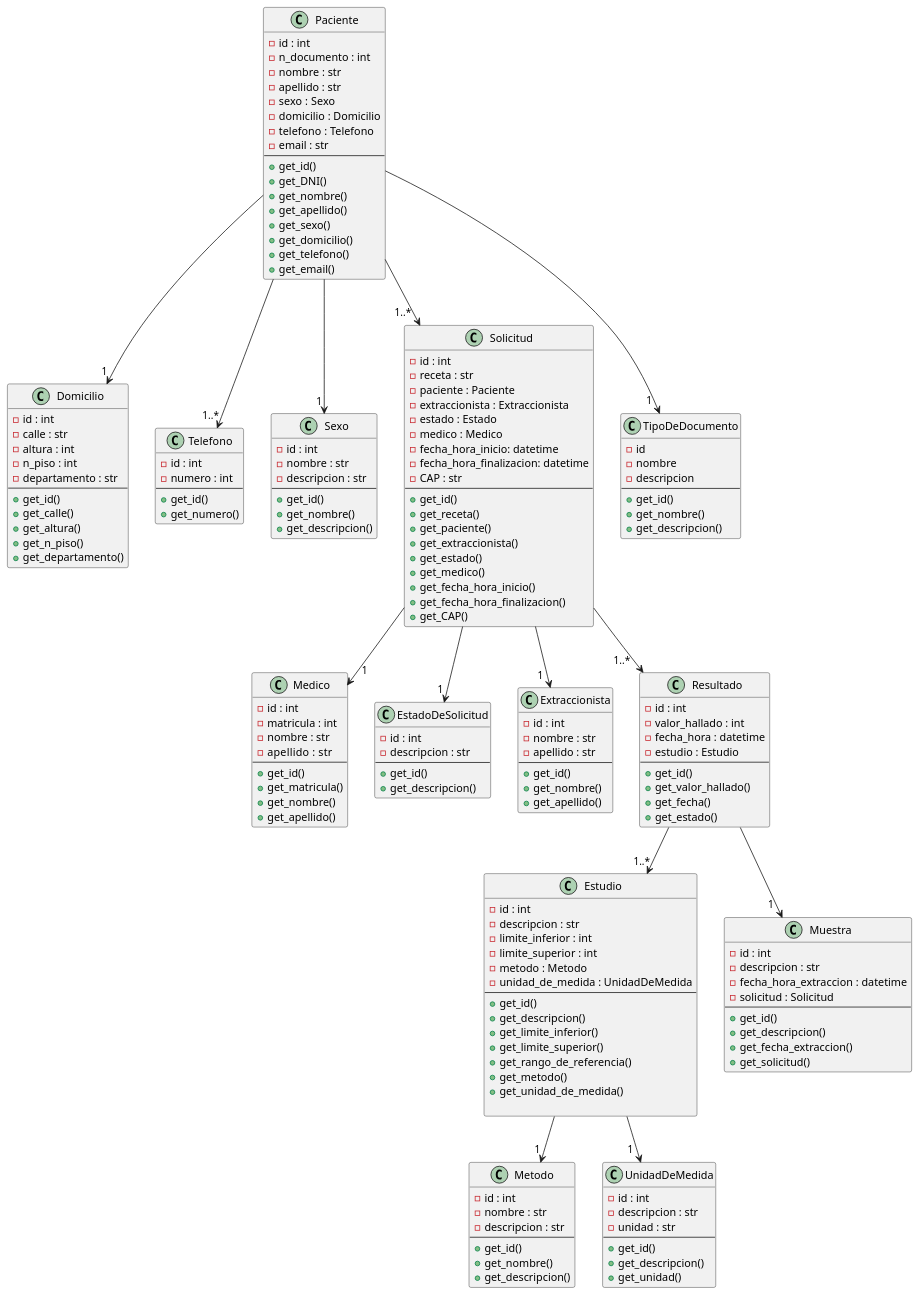
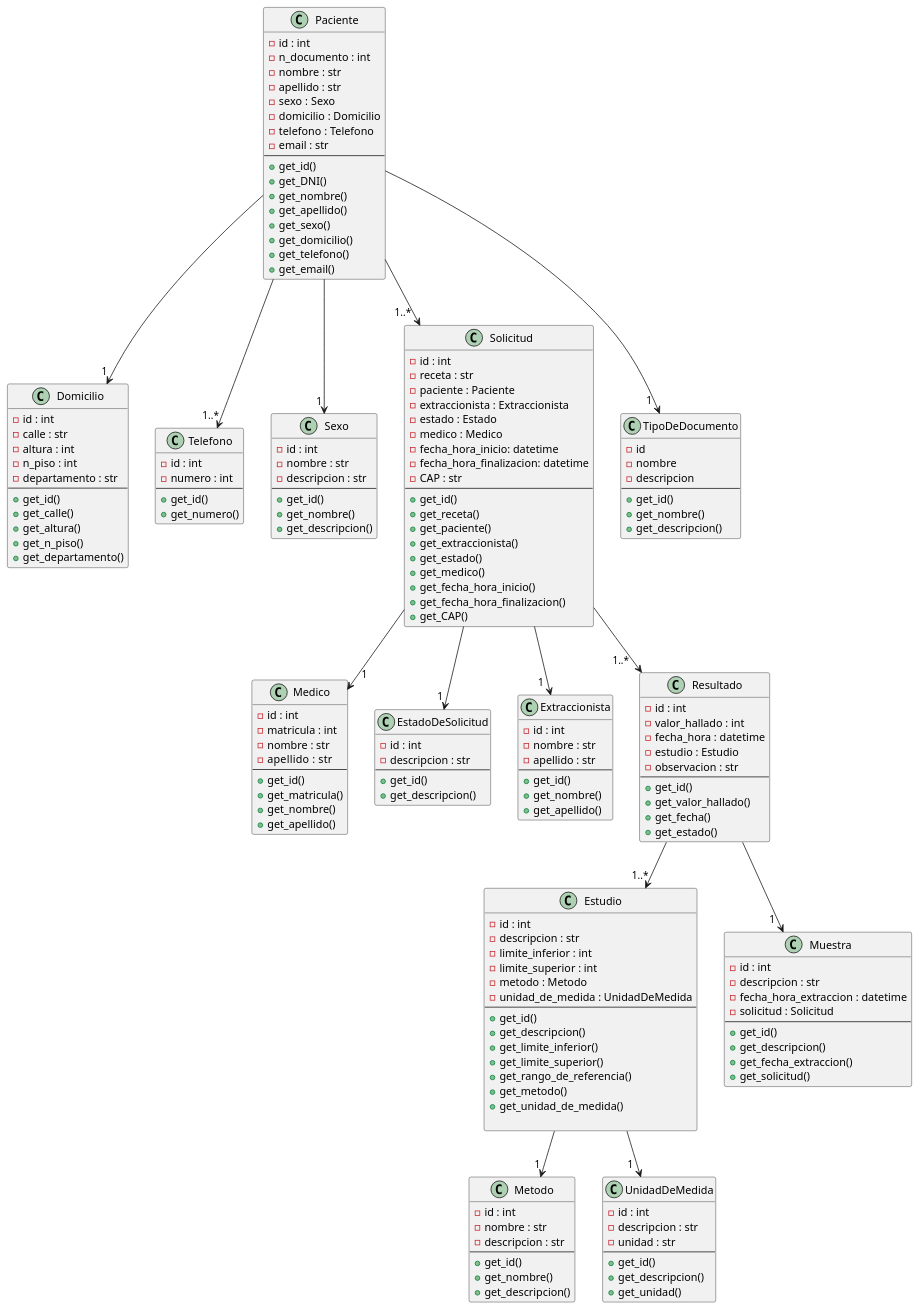
One commit to MateMar04/Biomedica changed the diagram in Diagrams/ClassDiagram.wsd. Above: the diagram before and after it, drawn with PlantUML. The commit also changed 1 other file, not shown here.

Commit message:
Corrected diagrams

```diff
--- a/Diagrams/ClassDiagram.wsd
+++ b/Diagrams/ClassDiagram.wsd
@@ -1,193 +1,194 @@
 @startuml ClassDiagram
 
 class Medico {
     - id : int
     - matricula : int
     - nombre : str
     - apellido  : str
     --
     + get_id()
     + get_matricula()
     + get_nombre()
     + get_apellido()
 }
 
 class Domicilio {
     - id : int
     - calle : str
     - altura : int
     - n_piso : int
     - departamento : str
     --
     + get_id()
     + get_calle()
     + get_altura()
     + get_n_piso()
     + get_departamento()
 }
 
 class Telefono {
     - id : int
     - numero : int
     --
     + get_id()
     + get_numero()
 }
 
 class Sexo {
     - id : int
     - nombre : str
     - descripcion : str
     --
     + get_id()
     + get_nombre()
     + get_descripcion()
 }
 
 class Paciente {
     - id : int
     - n_documento : int
     - nombre : str
     - apellido : str
     - sexo : Sexo
     - domicilio : Domicilio
     - telefono : Telefono
     - email : str
     --
     + get_id()
     + get_DNI()
     + get_nombre()
     + get_apellido()
     + get_sexo()
     + get_domicilio()
     + get_telefono()
     + get_email()
 }
 
 class EstadoDeSolicitud {
     - id : int
     - descripcion : str
     --
     + get_id()
     + get_descripcion()
 }
 
 class Estudio {
     - id : int
     - descripcion : str
     - limite_inferior : int
     - limite_superior : int
     - metodo : Metodo
     - unidad_de_medida : UnidadDeMedida
     --
     + get_id()
     + get_descripcion()
     + get_limite_inferior()
     + get_limite_superior()
     + get_rango_de_referencia()
     + get_metodo()
     + get_unidad_de_medida()
 
 }
 
 class Solicitud {
     - id : int
     - receta : str
     - paciente : Paciente
     - extraccionista : Extraccionista
     - estado : Estado
     - medico : Medico
     - fecha_hora_inicio: datetime
     - fecha_hora_finalizacion: datetime
     - CAP : str
     --
     + get_id()
     + get_receta()
     + get_paciente()
     + get_extraccionista()
     + get_estado()
     + get_medico()
     + get_fecha_hora_inicio()
     + get_fecha_hora_finalizacion()
     + get_CAP()
 }
 
 class Extraccionista {
     - id : int
     - nombre : str
     - apellido : str
     --
     + get_id()
     + get_nombre()
     + get_apellido()
 }
 
 class Muestra {
     - id : int
     - descripcion : str
     - fecha_hora_extraccion : datetime
     - solicitud : Solicitud
     --
     + get_id()
     + get_descripcion()
     + get_fecha_extraccion()
     + get_solicitud()
 }
 
 class Metodo {
     - id : int
     - nombre : str
     - descripcion : str
     --
     + get_id()
     + get_nombre()
     + get_descripcion()
 }
 
 class Resultado {
     - id : int
     - valor_hallado : int
     - fecha_hora : datetime
     - estudio : Estudio
+    - observacion : str
     --
     + get_id()
     + get_valor_hallado()
     + get_fecha()
     + get_estado()
 }
 
 class UnidadDeMedida {
     - id : int
     - descripcion : str
     - unidad : str
     --
     + get_id()
     + get_descripcion()
     + get_unidad()
 }
 
 class TipoDeDocumento{
     - id
     - nombre
     - descripcion
     --
     + get_id()
     + get_nombre()
     + get_descripcion()
 }
 
 Paciente --> "1 " Sexo
 Paciente --> "1..*" Telefono
 Paciente --> "1 " Domicilio
 Paciente --> "1..*  " Solicitud
 Paciente --> "1  " TipoDeDocumento
 Solicitud --> "1  " Extraccionista
 Solicitud --> "   1" Medico
 Solicitud --> "1 " EstadoDeSolicitud
 Solicitud --> "1..*   " Resultado
 Resultado --> "1  " Muestra
 Resultado --> "1..*" Estudio
 Estudio --> "1 " Metodo
 Estudio --> "1  " UnidadDeMedida 
 
 @enduml
```
